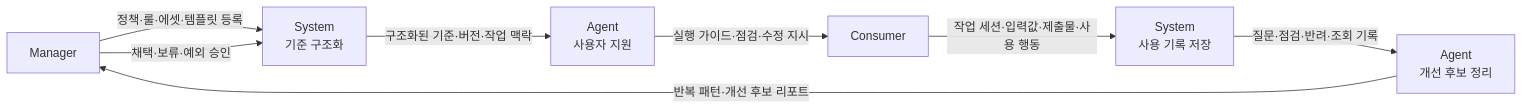
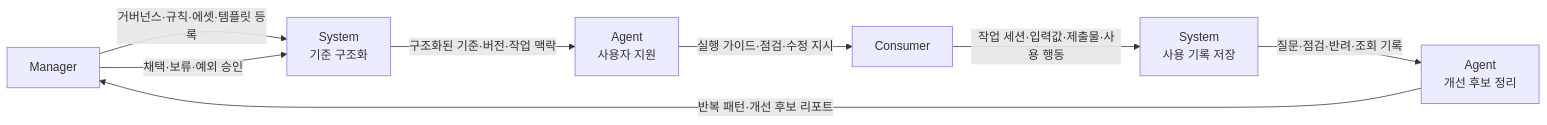
Before and after one commit to ewoooo/living-brand-system: the diagram in docs/02-usecases.md, drawn with Mermaid. The commit also changed other lines of this file and 7 other files, not shown here.

````diff
--- a/docs/02-usecases.md
+++ b/docs/02-usecases.md
@@ -77,17 +77,17 @@
 ```mermaid
 flowchart LR
   M["Manager"]
   S1["System<br/>기준 구조화"]
   A1["Agent<br/>사용자 지원"]
   C["Consumer"]
   S2["System<br/>사용 기록 저장"]
   A2["Agent<br/>개선 후보 정리"]
 
-  M -->|"정책·룰·에셋·템플릿 등록"| S1
+  M -->|"거버넌스·규칙·에셋·템플릿 등록"| S1
   S1 -->|"구조화된 기준·버전·작업 맥락"| A1
   A1 -->|"실행 가이드·점검·수정 지시"| C
   C -->|"작업 세션·입력값·제출물·사용 행동"| S2
   S2 -->|"질문·점검·반려·조회 기록"| A2
   A2 -->|"반복 패턴·개선 후보 리포트"| M
   M -->|"채택·보류·예외 승인"| S1
 ```
````
